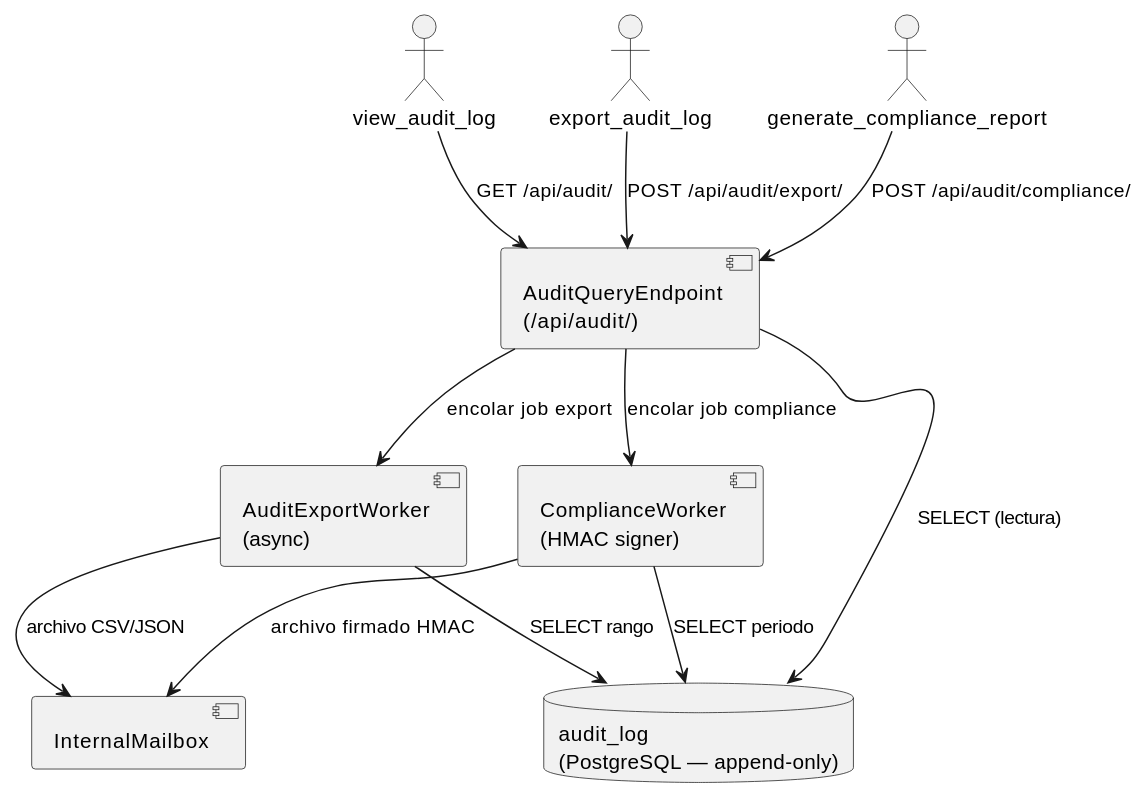
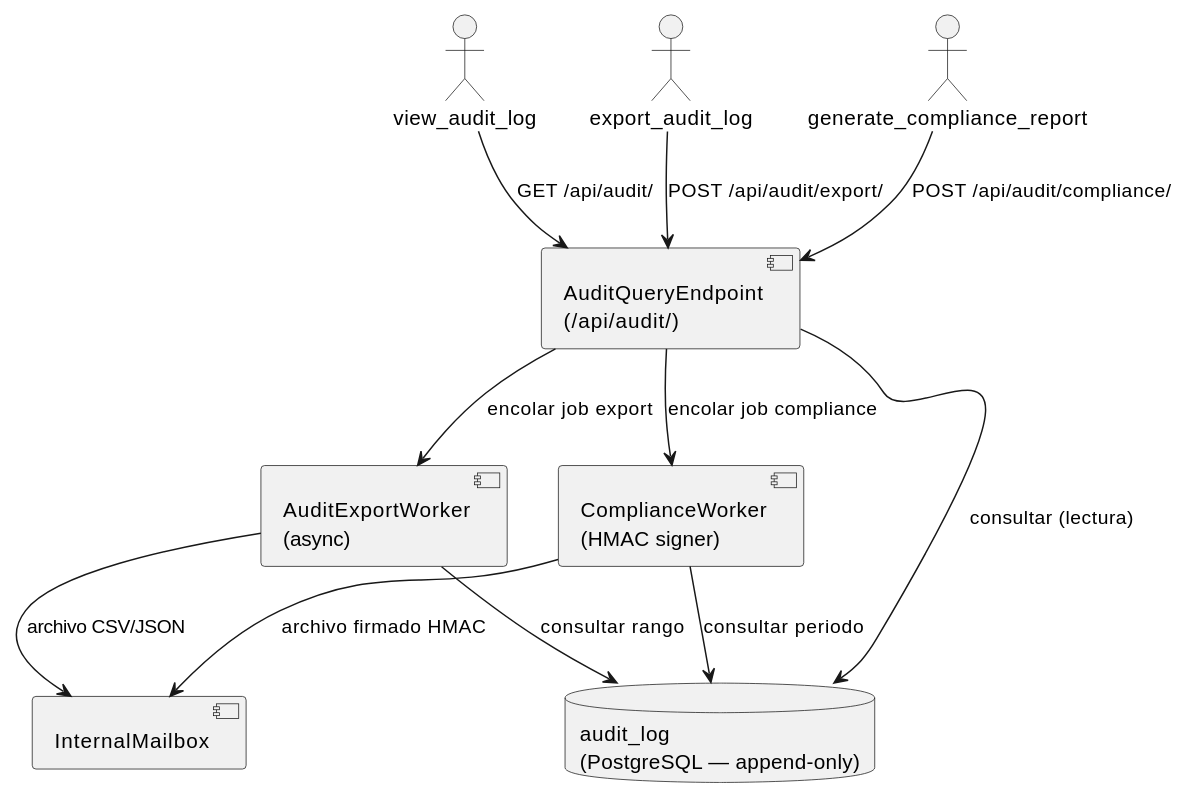
One commit to jcg-admin/IACT-docs changed the diagram in source/arquitectura-tecnica/modulos/audit/diagramas/componentes-mod-audit.rst. Above: the diagram before and after it, drawn with PlantUML. The commit also changed 48 other files, not shown here.

```diff
--- a/source/arquitectura-tecnica/modulos/audit/diagramas/componentes-mod-audit.rst
+++ b/source/arquitectura-tecnica/modulos/audit/diagramas/componentes-mod-audit.rst
@@ -22,28 +22,28 @@
 .. uml::
  :caption: Componentes de MOD_Audit y sus dependencias.
 
  @startuml
 
  actor "view_audit_log" as view_audit_log
  actor "export_audit_log" as export_audit_log
  actor "generate_compliance_report" as generate_compliance_report
 
  component "AuditQueryEndpoint\n(/api/audit/)" as Auditqueryendpoint
  component "AuditExportWorker\n(async)" as Auditexportworker
  component "ComplianceWorker\n(HMAC signer)" as Complianceworker
  component "InternalMailbox" as Internalmailbox
 
  database "audit_log\n(PostgreSQL — append-only)" as audit_log
 
  view_audit_log --> Auditqueryendpoint : GET /api/audit/
  export_audit_log --> Auditqueryendpoint : POST /api/audit/export/
  generate_compliance_report --> Auditqueryendpoint : POST /api/audit/compliance/
- Auditqueryendpoint --> audit_log : SELECT (lectura)
+ Auditqueryendpoint --> audit_log : consultar (lectura)
  Auditqueryendpoint --> Auditexportworker : encolar job export
  Auditqueryendpoint --> Complianceworker : encolar job compliance
- Auditexportworker --> audit_log : SELECT rango
- Complianceworker --> audit_log : SELECT periodo
+ Auditexportworker --> audit_log : consultar rango
+ Complianceworker --> audit_log : consultar periodo
  Auditexportworker --> Internalmailbox : archivo CSV/JSON
  Complianceworker --> Internalmailbox : archivo firmado HMAC
 
  @enduml
```
